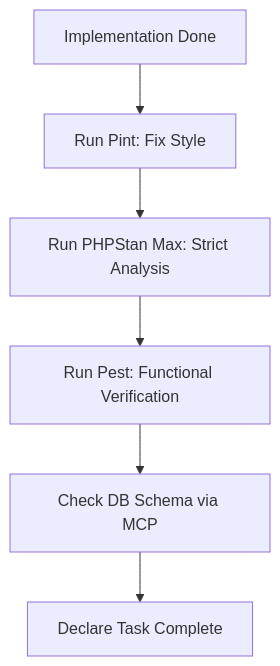
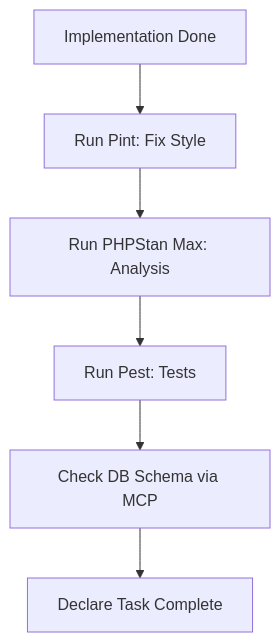
The diagram in .ai/skills/laravel-verification/SKILL.md (thomiOmi/laravel-starterkit-api), drawn with Mermaid before and after one commit. The commit also changed other lines of this file and 10 other files, not shown here.

````diff
--- a/.ai/skills/laravel-verification/SKILL.md
+++ b/.ai/skills/laravel-verification/SKILL.md
@@ -14,8 +14,8 @@
 ```mermaid
 graph TD
     Start[Implementation Done] --> Pint[Run Pint: Fix Style]
-    Pint --> PHPStan[Run PHPStan Max: Strict Analysis]
-    PHPStan --> Pest[Run Pest: Functional Verification]
-    Pest --> MCP[Check DB Schema via MCP]
-    MCP --> Done[Declare Task Complete]
+    Pint --> PHPStan[Run PHPStan Max: Analysis]
+    PHPStan --> Pest[Run Pest: Tests]
+    Pest --> Schema[Check DB Schema via MCP]
+    Schema --> Done[Declare Task Complete]
 ```
````
